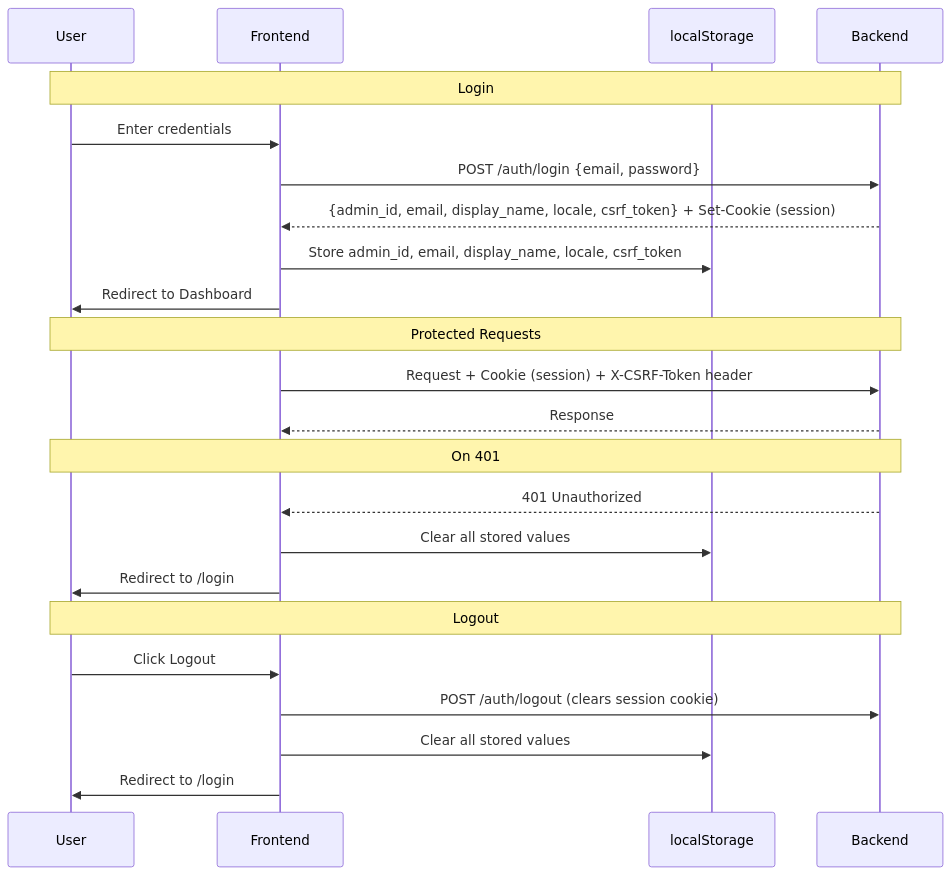
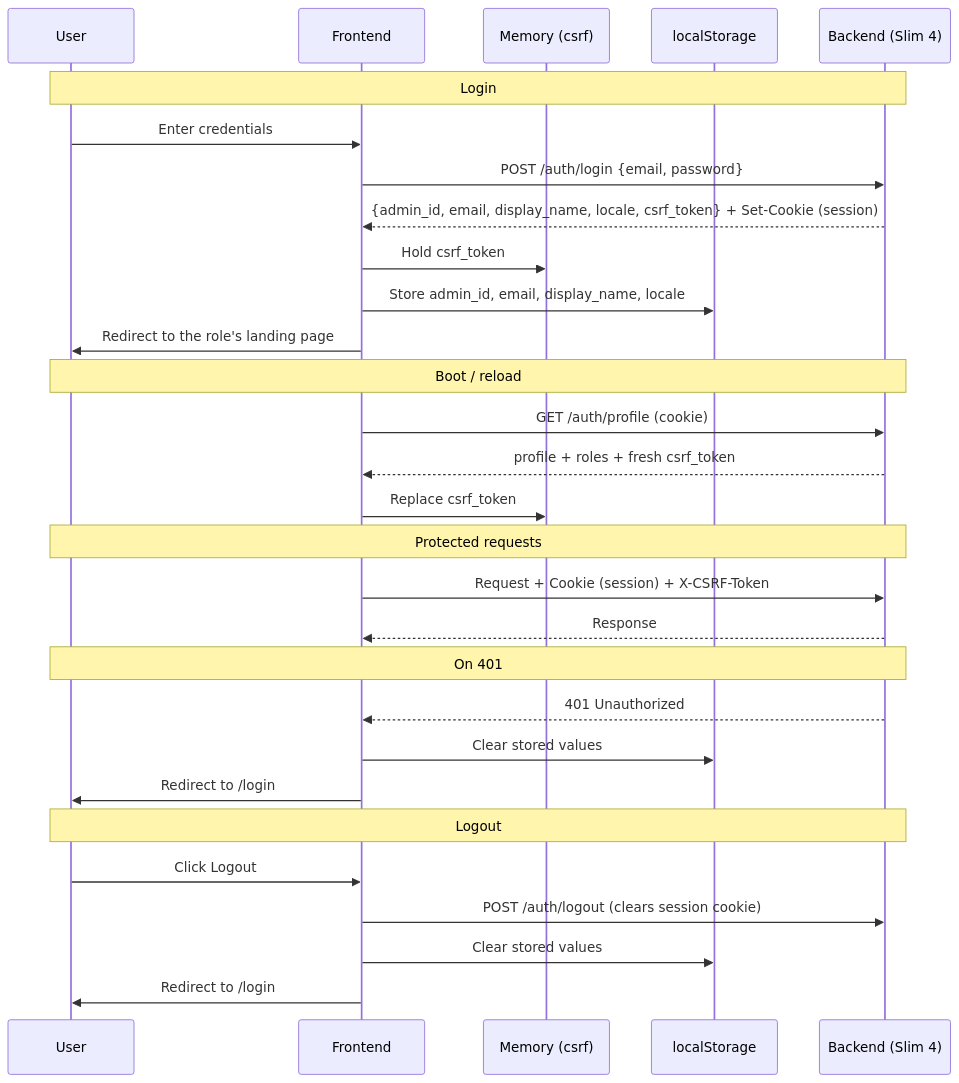
The second of 2 diagrams in admin-frontend/technologies.md (dgloeckner/clubbar), drawn with Mermaid before and after one commit. The commit also changed other lines of this file, not shown here.

````diff
--- a/admin-frontend/technologies.md
+++ b/admin-frontend/technologies.md
@@ -120,29 +174,36 @@
 ```mermaid
 sequenceDiagram
     participant U as User
     participant F as Frontend
+    participant M as Memory (csrf)
     participant S as localStorage
-    participant B as Backend
+    participant B as Backend (Slim 4)
 
     Note over U,B: Login
     U->>F: Enter credentials
     F->>B: POST /auth/login {email, password}
     B-->>F: {admin_id, email, display_name, locale, csrf_token} + Set-Cookie (session)
-    F->>S: Store admin_id, email, display_name, locale, csrf_token
-    F->>U: Redirect to Dashboard
+    F->>M: Hold csrf_token
+    F->>S: Store admin_id, email, display_name, locale
+    F->>U: Redirect to the role's landing page
 
-    Note over U,B: Protected Requests
-    F->>B: Request + Cookie (session) + X-CSRF-Token header
+    Note over U,B: Boot / reload
+    F->>B: GET /auth/profile (cookie)
+    B-->>F: profile + roles + fresh csrf_token
+    F->>M: Replace csrf_token
+
+    Note over U,B: Protected requests
+    F->>B: Request + Cookie (session) + X-CSRF-Token
     B-->>F: Response
 
     Note over U,B: On 401
     B-->>F: 401 Unauthorized
-    F->>S: Clear all stored values
+    F->>S: Clear stored values
     F->>U: Redirect to /login
 
     Note over U,B: Logout
     U->>F: Click Logout
     F->>B: POST /auth/logout (clears session cookie)
-    F->>S: Clear all stored values
+    F->>S: Clear stored values
     F->>U: Redirect to /login
 ```
````
